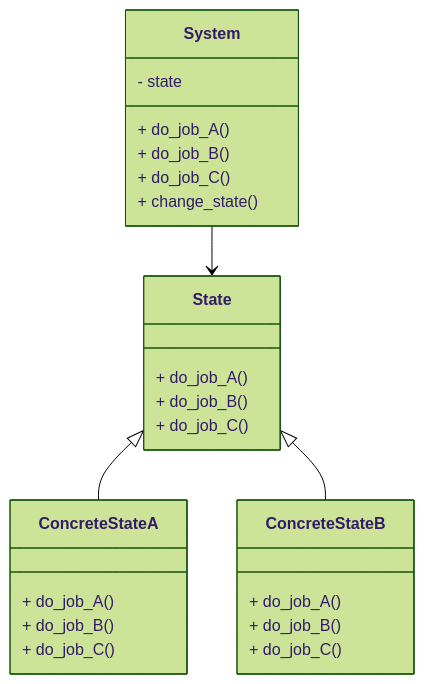
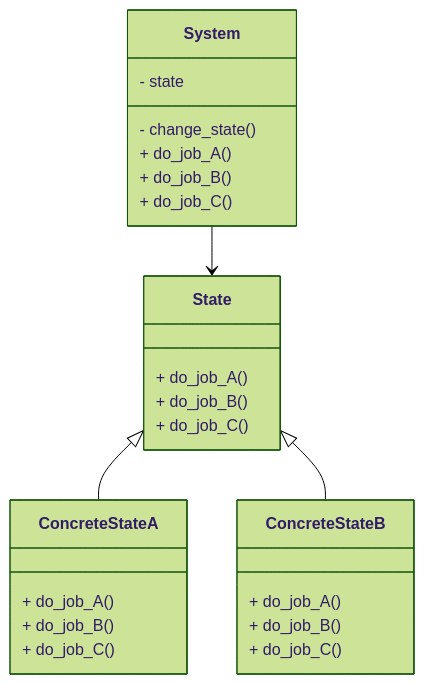
Before and after one commit to Buzzvil/awesome-design-patterns: the diagram in patterns/State/README.md, drawn with Mermaid (forest theme).

````diff
--- a/patterns/State/README.md
+++ b/patterns/State/README.md
@@ -22,28 +22,28 @@
 ```mermaid
 classDiagram
 class System{
     -  state
+    - change_state()
     + do_job_A()
     + do_job_B()
     + do_job_C()
-    + change_state()
 }
 class State{
     + do_job_A()
     + do_job_B()
     + do_job_C()
 }
 class ConcreteStateA{
     + do_job_A()
     + do_job_B()
     + do_job_C()
 }
 class ConcreteStateB{
     + do_job_A()
     + do_job_B()
     + do_job_C()
 }
 System --> State
 State <|-- ConcreteStateA
 State <|-- ConcreteStateB
 ```
````
